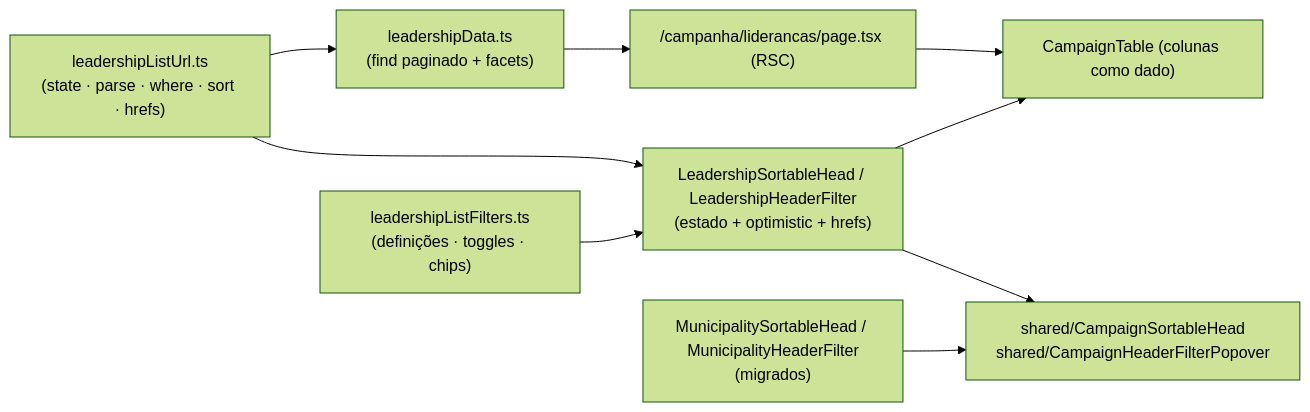
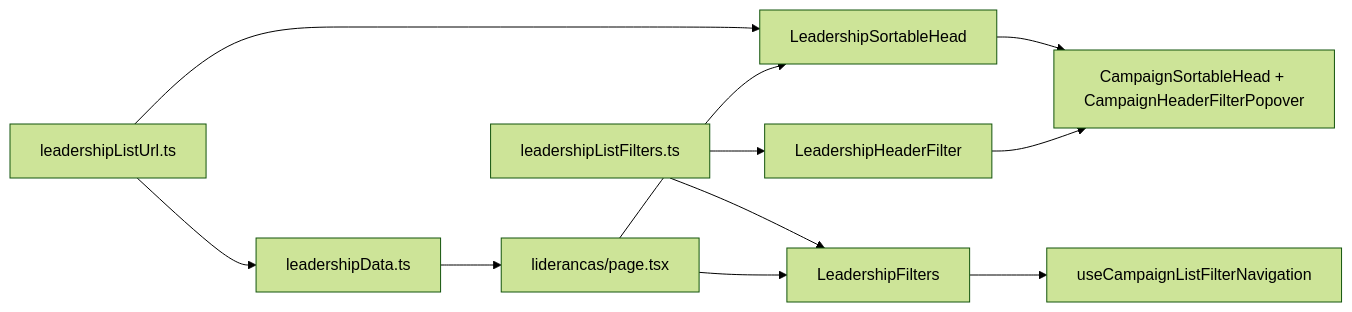
Before and after one commit to fsolla/teqo: the diagram in docs/plans/ordenacao-filtros-lista-liderancas.md, drawn with Mermaid (forest theme). The commit also changed other lines of this file and 16 other files, not shown here.

First line of the commit message:
Deliver B29: header sort and filters on the leaderships list.

````diff
--- a/docs/plans/ordenacao-filtros-lista-liderancas.md
+++ b/docs/plans/ordenacao-filtros-lista-liderancas.md
@@ -77,17 +81,21 @@
 ```mermaid
 flowchart LR
-    Url["leadershipListUrl.ts<br/>(state · parse · where · sort · hrefs)"]
-    Filt["leadershipListFilters.ts<br/>(definições · toggles · chips)"]
-    Loader["leadershipData.ts<br/>(find paginado + facets)"]
-    Page["/campanha/liderancas/page.tsx (RSC)"]
-    Dom["LeadershipSortableHead / LeadershipHeaderFilter<br/>(estado + optimistic + hrefs)"]
-    MunDom["MunicipalitySortableHead / MunicipalityHeaderFilter<br/>(migrados)"]
-    Shared["shared/CampaignSortableHead<br/>shared/CampaignHeaderFilterPopover"]
-    Table["CampaignTable (colunas como dado)"]
-    Url --> Loader --> Page --> Table
-    Url --> Dom
-    Filt --> Dom
-    Dom --> Shared
-    MunDom --> Shared
-    Dom --> Table
+    Url["leadershipListUrl.ts"]
+    Filt["leadershipListFilters.ts"]
+    Loader["leadershipData.ts"]
+    Page["liderancas/page.tsx"]
+    Head["LeadershipSortableHead"]
+    Filter["LeadershipHeaderFilter"]
+    Shell["LeadershipFilters"]
+    Shared["CampaignSortableHead + CampaignHeaderFilterPopover"]
+    Nav["useCampaignListFilterNavigation"]
+    Url --> Loader --> Page
+    Url --> Head
+    Filt --> Filter
+    Filt --> Shell
+    Head --> Shared
+    Filter --> Shared
+    Shell --> Nav
+    Page --> Head
+    Page --> Shell
 ```
````
